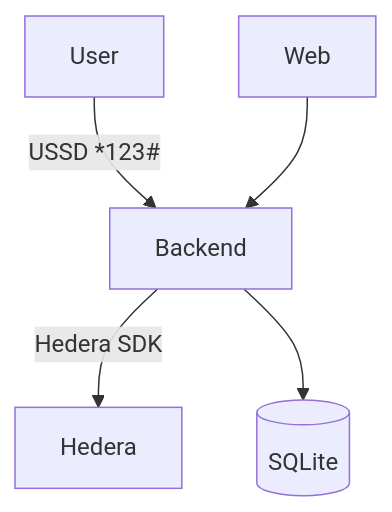
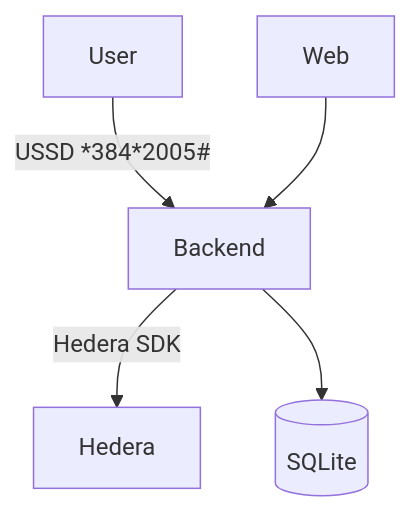
Before and after one commit to Modexia-Tech/hflow: the diagram in README.md, drawn with Mermaid. The commit also changed other lines of this file, not shown here.

````diff
--- a/README.md
+++ b/README.md
@@ -57,7 +57,7 @@
 ```mermaid
 flowchart TB
-    User -->|USSD *123#| Backend
+    User -->|USSD *384*2005#| Backend
     Backend -->|Hedera SDK| Hedera
     Backend --> DB[(SQLite)]
     Web --> Backend
 ```
````
